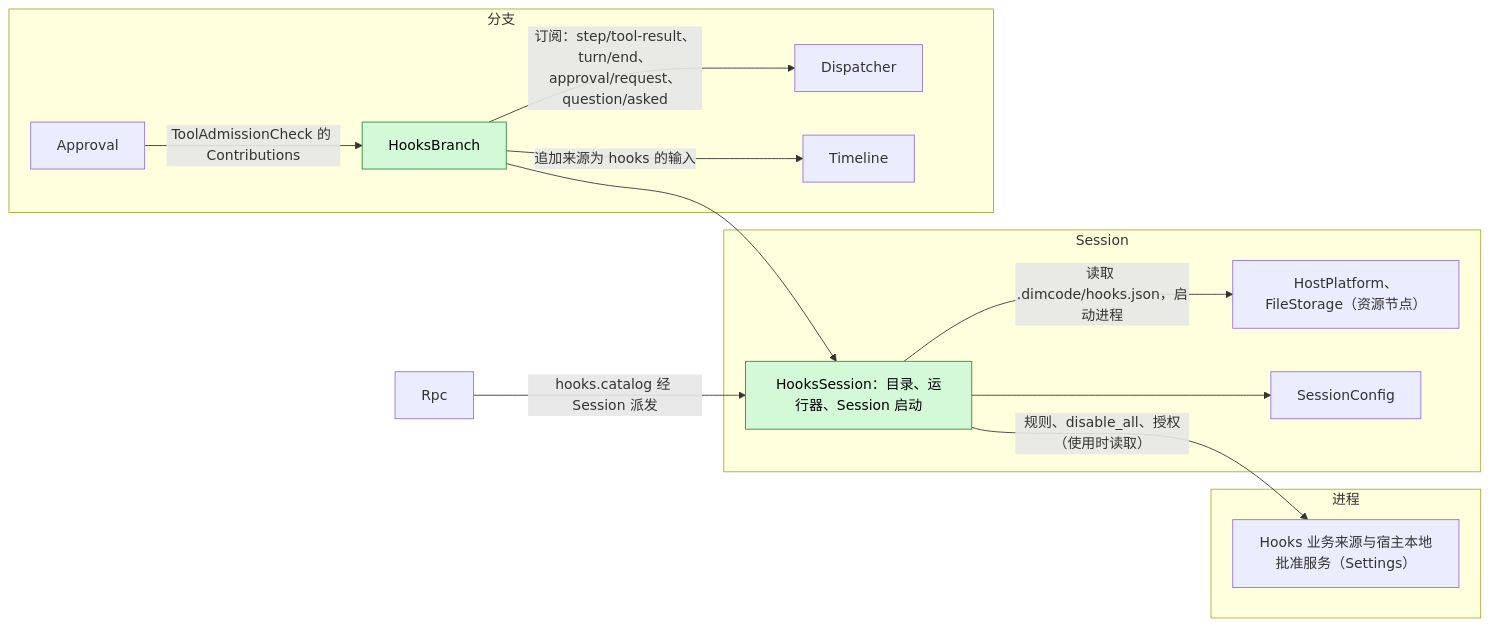
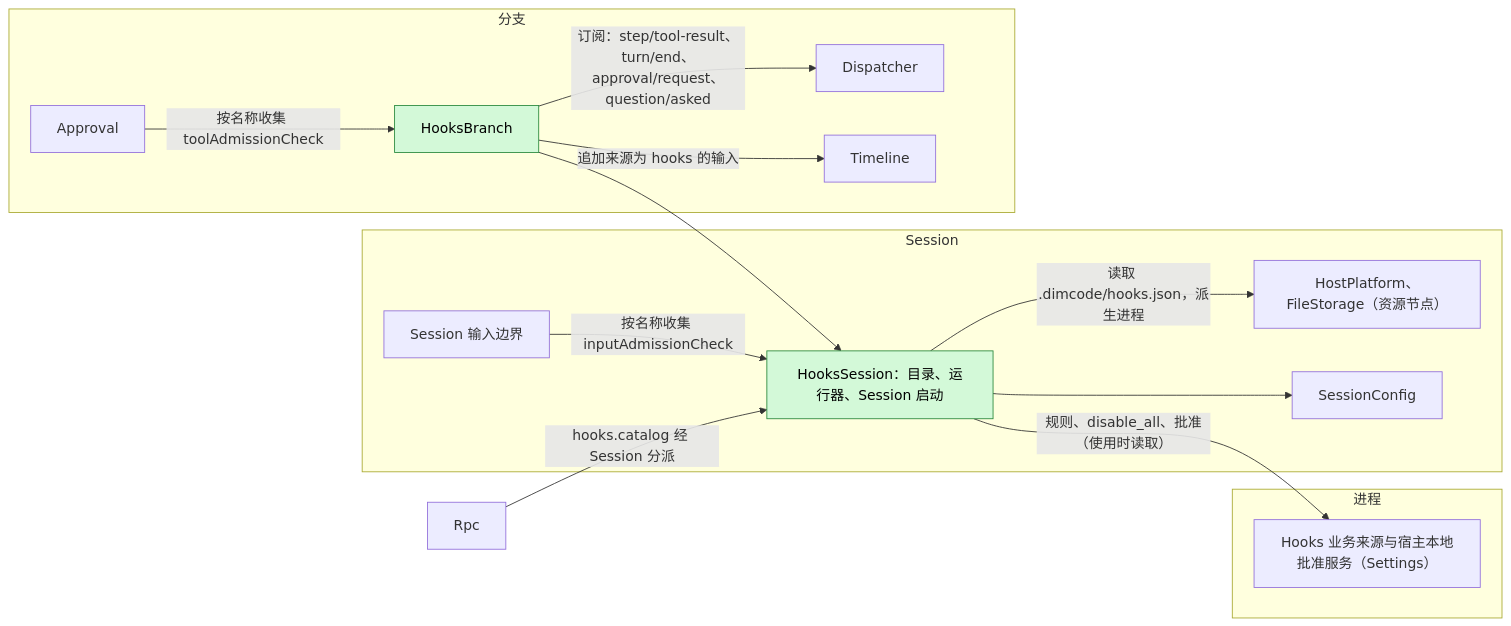
Before and after one commit to CoutinhoTTS/dim-agent: the first of 7 diagrams in docs/zh/design/plugins/Hooks.md, drawn with Mermaid. The commit also changed other lines of this file and 18 other files, not shown here.

Commit message:
docs(zh): update Chinese translations for scope, input admission and neutral contracts

````diff
--- a/docs/zh/design/plugins/Hooks.md
+++ b/docs/zh/design/plugins/Hooks.md
@@ -9,27 +9,29 @@
 ```mermaid
 flowchart LR
   subgraph PROC["进程"]
     Settings["Hooks 业务来源与宿主本地批准服务（Settings）"]
   end
   subgraph SESS["Session"]
     HS["HooksSession：目录、运行器、Session 启动"]:::new
     HP["HostPlatform、FileStorage（资源节点）"]
     CFG["SessionConfig"]
+    SI["Session 输入边界"]
   end
   subgraph BR["分支"]
     HB["HooksBranch"]:::new
     AP["Approval"]
     DP["Dispatcher"]
     TL["Timeline"]
   end
   Rpc["Rpc"]
-  HS -->|"规则、disable_all、授权（使用时读取）"| Settings
-  HS -->|"读取 .dimcode/hooks.json，启动进程"| HP
+  HS -->|"规则、disable_all、批准（使用时读取）"| Settings
+  HS -->|"读取 .dimcode/hooks.json，派生进程"| HP
   HS --> CFG
   HB --> HS
-  AP -->|"ToolAdmissionCheck 的 Contributions"| HB
+  SI -->|"按名称收集 inputAdmissionCheck"| HS
+  AP -->|"按名称收集 toolAdmissionCheck"| HB
   HB -->|"订阅：step/tool-result、turn/end、approval/request、question/asked"| DP
   HB -->|"追加来源为 hooks 的输入"| TL
-  Rpc -->|"hooks.catalog 经 Session 派发"| HS
+  Rpc -->|"hooks.catalog 经 Session 分派"| HS
   classDef new fill:#d3f9d8,stroke:#2b8a3e,color:#000
 ```
````
